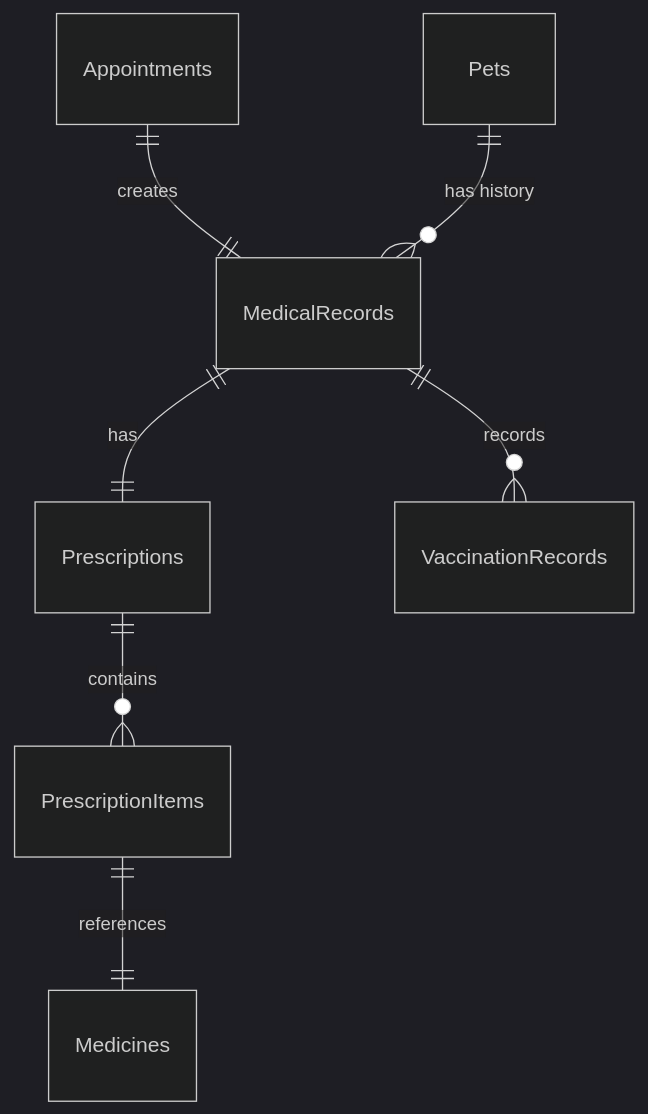
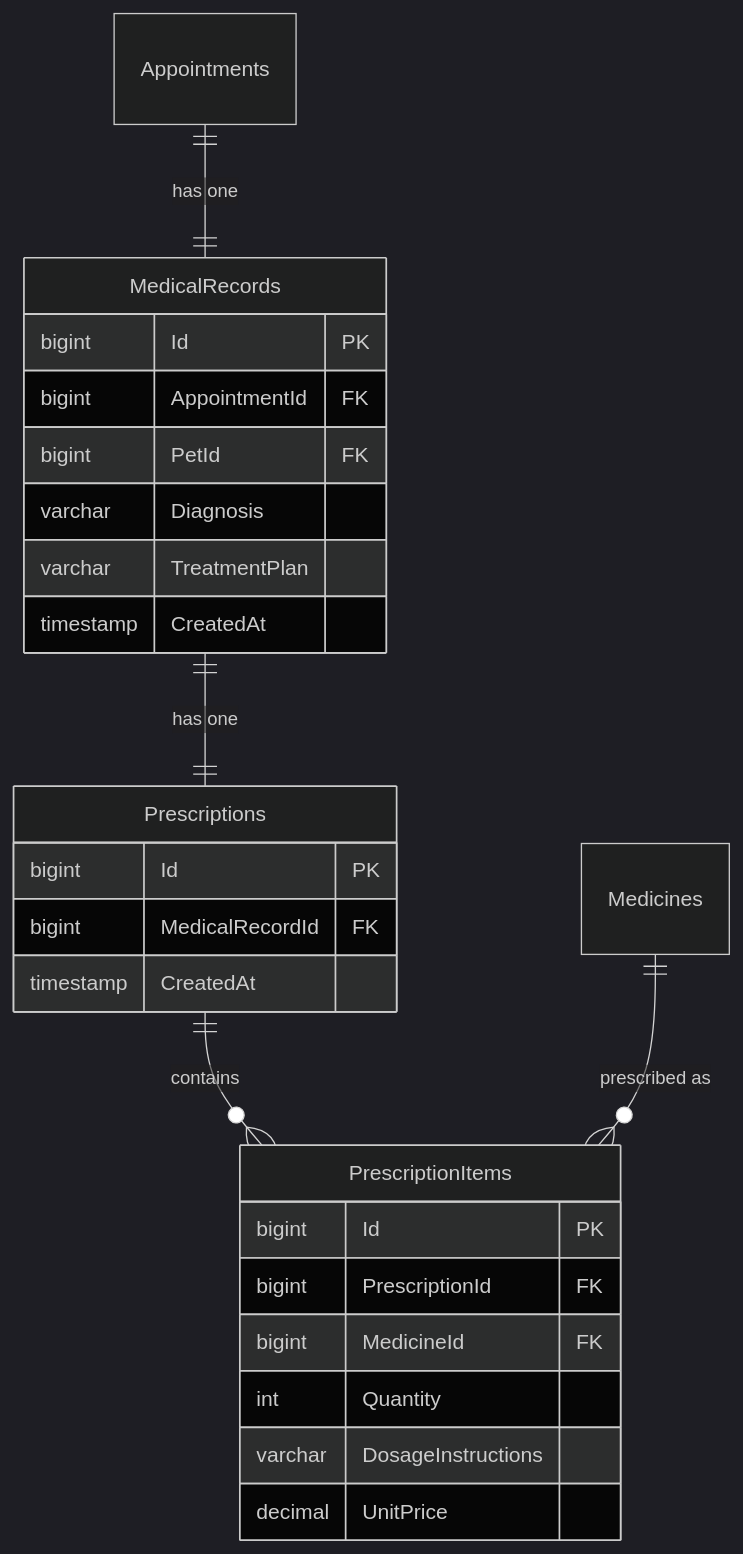
Before and after one commit to NamSD1901/DATN-Final: the second of 2 diagrams in plan/features/deep-decomposition/phase2-clinical-diagnosis/TECHNICAL_SPEC.md, drawn with Mermaid (dark theme). The commit also changed other lines of this file and 11 other files, not shown here.

Commit message:
docs: upgrade specifications for phase 2 - clinical diagnosis & treatment

````diff
--- a/plan/features/deep-decomposition/phase2-clinical-diagnosis/TECHNICAL_SPEC.md
+++ b/plan/features/deep-decomposition/phase2-clinical-diagnosis/TECHNICAL_SPEC.md
@@ -12,9 +68,31 @@
 ```mermaid
 erDiagram
-    Appointments ||--|| MedicalRecords : "creates"
-    MedicalRecords ||--|| Prescriptions : "has"
+    Appointments ||--|| MedicalRecords : "has one"
+    MedicalRecords ||--|| Prescriptions : "has one"
     Prescriptions ||--o{ PrescriptionItems : "contains"
-    PrescriptionItems ||--|| Medicines : "references"
-    MedicalRecords ||--o{ VaccinationRecords : "records"
-    Pets ||--o{ MedicalRecords : "has history"
+    Medicines ||--o{ PrescriptionItems : "prescribed as"
+
+    MedicalRecords {
+        bigint Id PK
+        bigint AppointmentId FK
+        bigint PetId FK
+        varchar Diagnosis
+        varchar TreatmentPlan
+        timestamp CreatedAt
+    }
+
+    Prescriptions {
+        bigint Id PK
+        bigint MedicalRecordId FK
+        timestamp CreatedAt
+    }
+
+    PrescriptionItems {
+        bigint Id PK
+        bigint PrescriptionId FK
+        bigint MedicineId FK
+        int Quantity
+        varchar DosageInstructions
+        decimal UnitPrice
+    }
 ```
````
